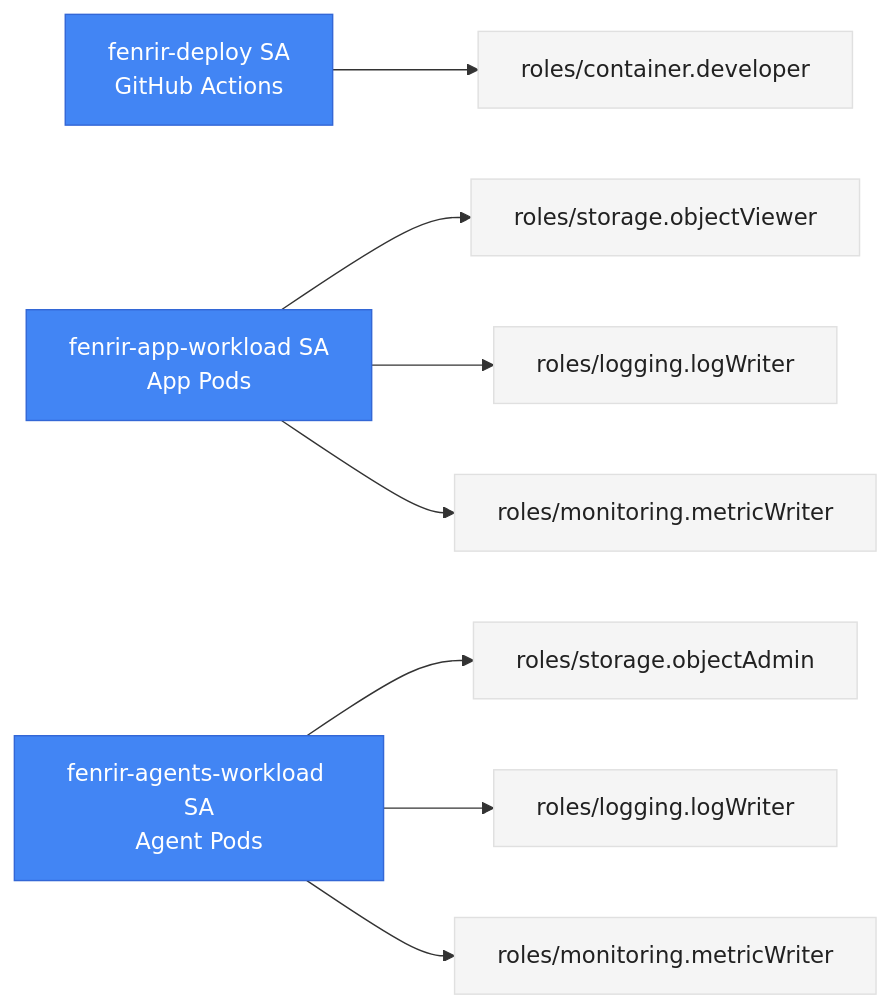
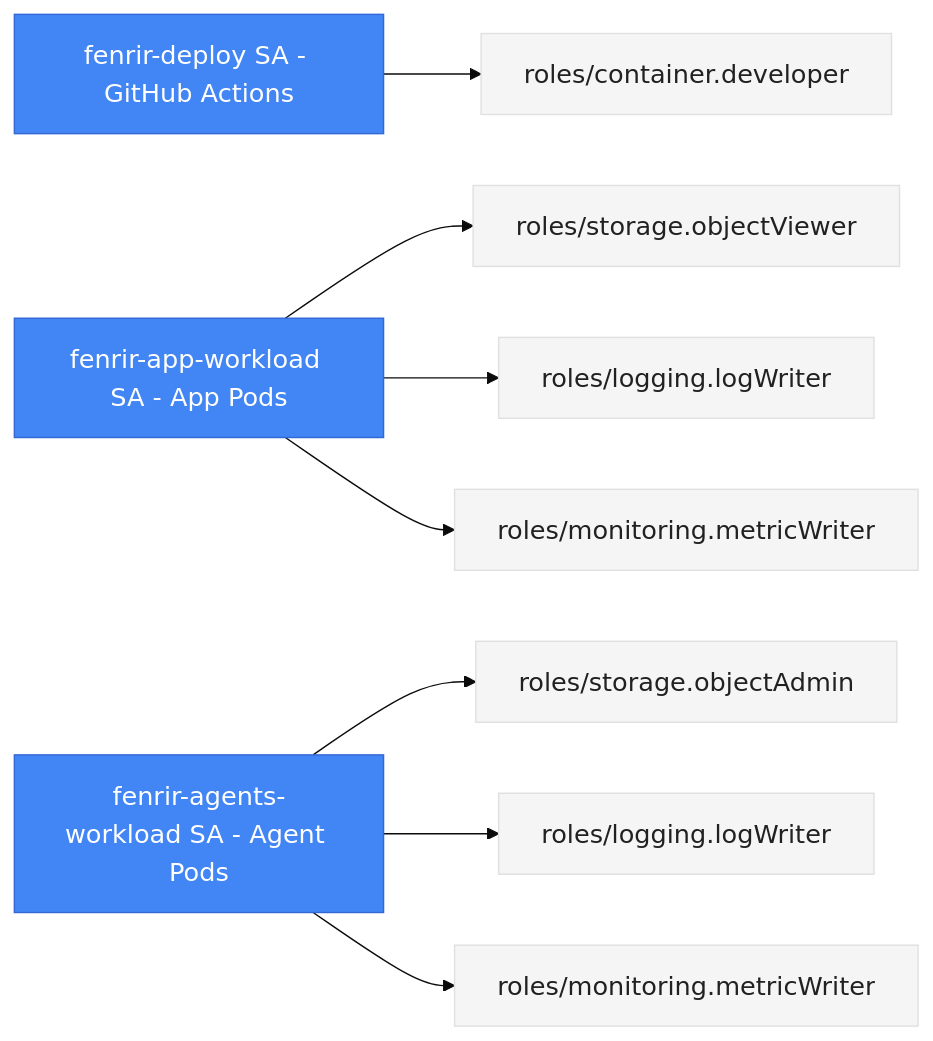
One commit to declanshanaghy/fenrir-ledger changed the fourth of 9 diagrams in architecture/system-design.md. Above: the diagram before and after it, drawn with Mermaid. The commit also changed other lines of this file and 2 other files, not shown here.

First line of the commit message:
chore: add fontSize and line-break rules to mermaid style guide

````diff
--- a/architecture/system-design.md
+++ b/architecture/system-design.md
@@ -128,24 +131,25 @@
 ```mermaid
+%%{init: {'theme': 'base', 'themeVariables': {'fontSize': '18px'}}}%%
 graph LR
     classDef sa fill:#4285F4,stroke:#3367D6,color:#FFF
     classDef role fill:#F5F5F5,stroke:#E0E0E0,color:#212121
 
-    deploy_sa[fenrir-deploy SA\nGitHub Actions] --> gke_dev[roles/container.developer]
-    app_sa[fenrir-app-workload SA\nApp Pods] --> storage[roles/storage.objectViewer]
+    deploy_sa[fenrir-deploy SA - GitHub Actions] --> gke_dev[roles/container.developer]
+    app_sa[fenrir-app-workload SA - App Pods] --> storage[roles/storage.objectViewer]
     app_sa --> logging[roles/logging.logWriter]
     app_sa --> monitoring[roles/monitoring.metricWriter]
-    agents_sa[fenrir-agents-workload SA\nAgent Pods] --> storage_admin[roles/storage.objectAdmin]
+    agents_sa[fenrir-agents-workload SA - Agent Pods] --> storage_admin[roles/storage.objectAdmin]
     agents_sa --> logging2[roles/logging.logWriter]
     agents_sa --> monitoring2[roles/monitoring.metricWriter]
 
     class deploy_sa sa
     class app_sa sa
     class agents_sa sa
     class gke_dev role
     class storage role
     class logging role
     class monitoring role
     class storage_admin role
     class logging2 role
     class monitoring2 role
 ```
````
